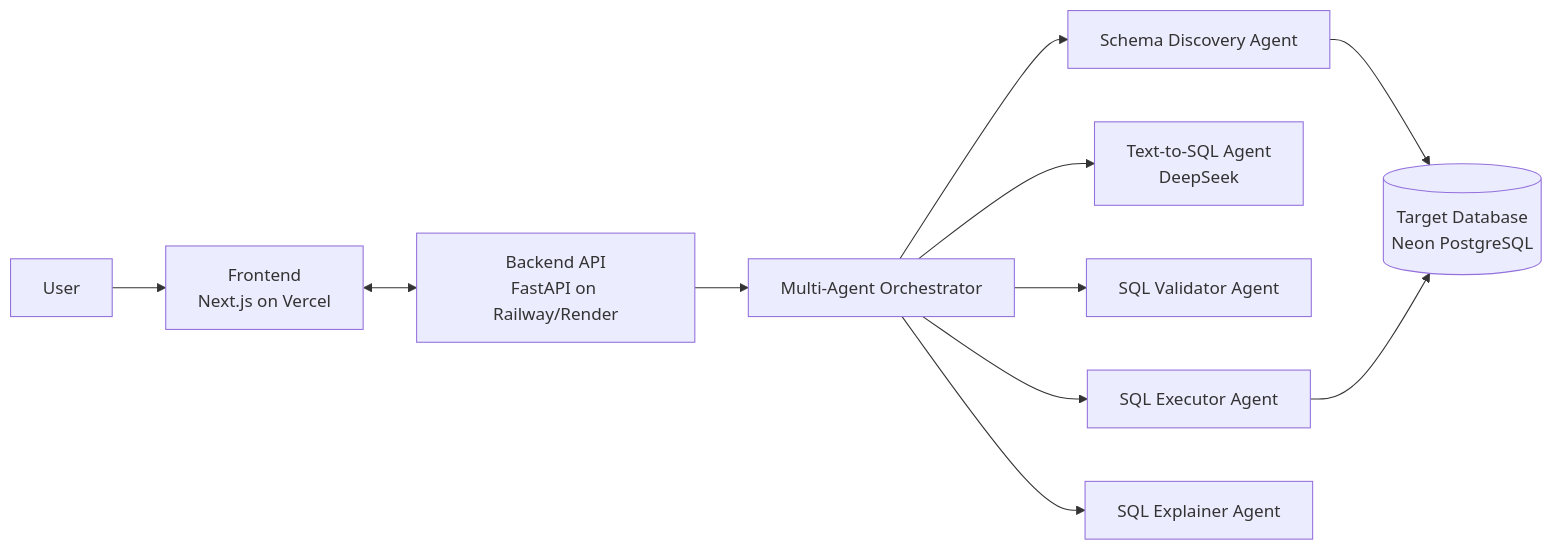
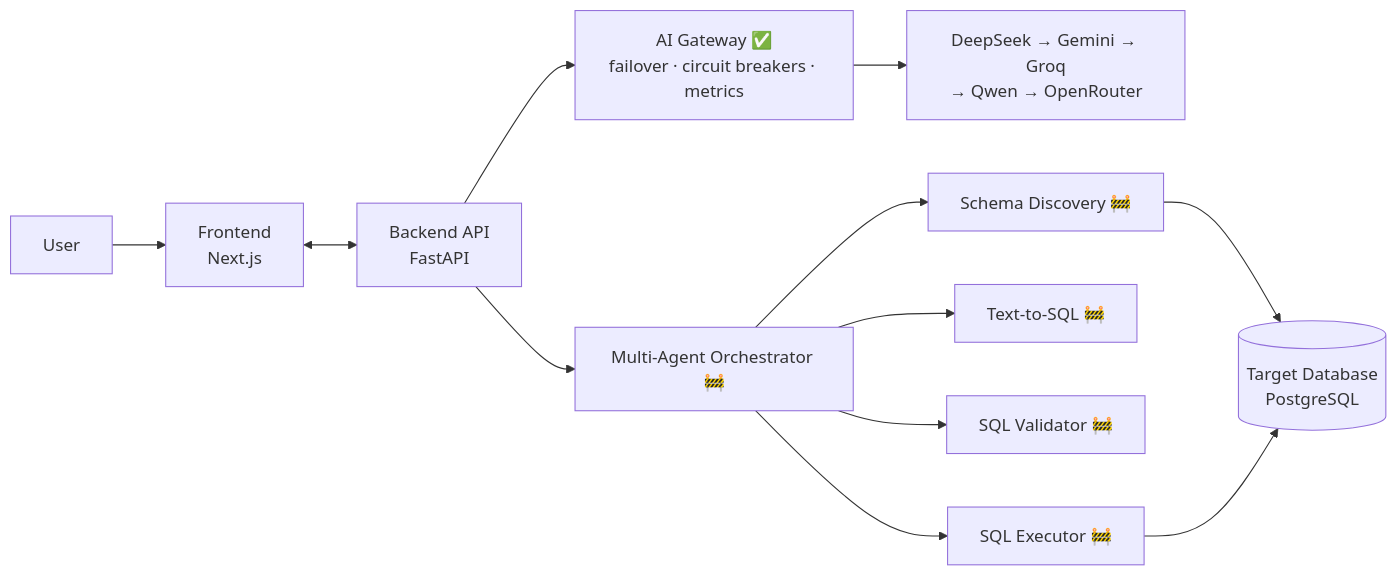
One commit to anjinapp-aryan/DBPilot-AI changed the diagram in README.md. Above: the diagram before and after it, drawn with Mermaid. The commit also changed other lines of this file, not shown here.

````diff
--- a/README.md
+++ b/README.md
@@ -59,13 +85,14 @@
 ```mermaid
 flowchart LR
-    U[User] --> FE[Frontend<br/>Next.js on Vercel]
-    FE <--> BE[Backend API<br/>FastAPI on Railway/Render]
-    BE --> ORCH[Multi-Agent Orchestrator]
-    ORCH --> SD[Schema Discovery Agent]
-    ORCH --> T2S[Text-to-SQL Agent<br/>DeepSeek]
-    ORCH --> VAL[SQL Validator Agent]
-    ORCH --> EXEC[SQL Executor Agent]
-    ORCH --> EXP[SQL Explainer Agent]
-    SD --> DB[(Target Database<br/>Neon PostgreSQL)]
+    U[User] --> FE[Frontend<br/>Next.js]
+    FE <--> BE[Backend API<br/>FastAPI]
+    BE --> GW[AI Gateway ✅<br/>failover · circuit breakers · metrics]
+    GW --> LLM[DeepSeek → Gemini → Groq<br/>→ Qwen → OpenRouter]
+    BE --> ORCH[Multi-Agent Orchestrator 🚧]
+    ORCH --> SD[Schema Discovery 🚧]
+    ORCH --> T2S[Text-to-SQL 🚧]
+    ORCH --> VAL[SQL Validator 🚧]
+    ORCH --> EXEC[SQL Executor 🚧]
+    SD --> DB[(Target Database<br/>PostgreSQL)]
     EXEC --> DB
 ```
````
